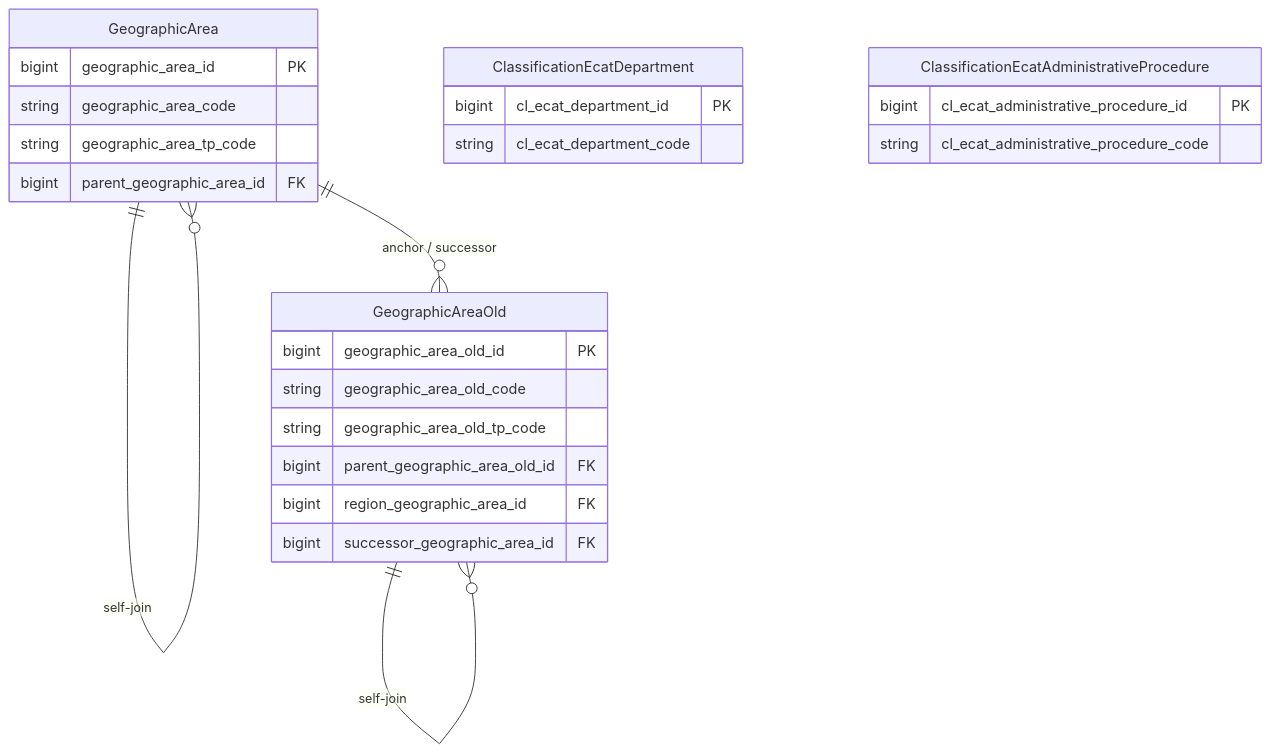
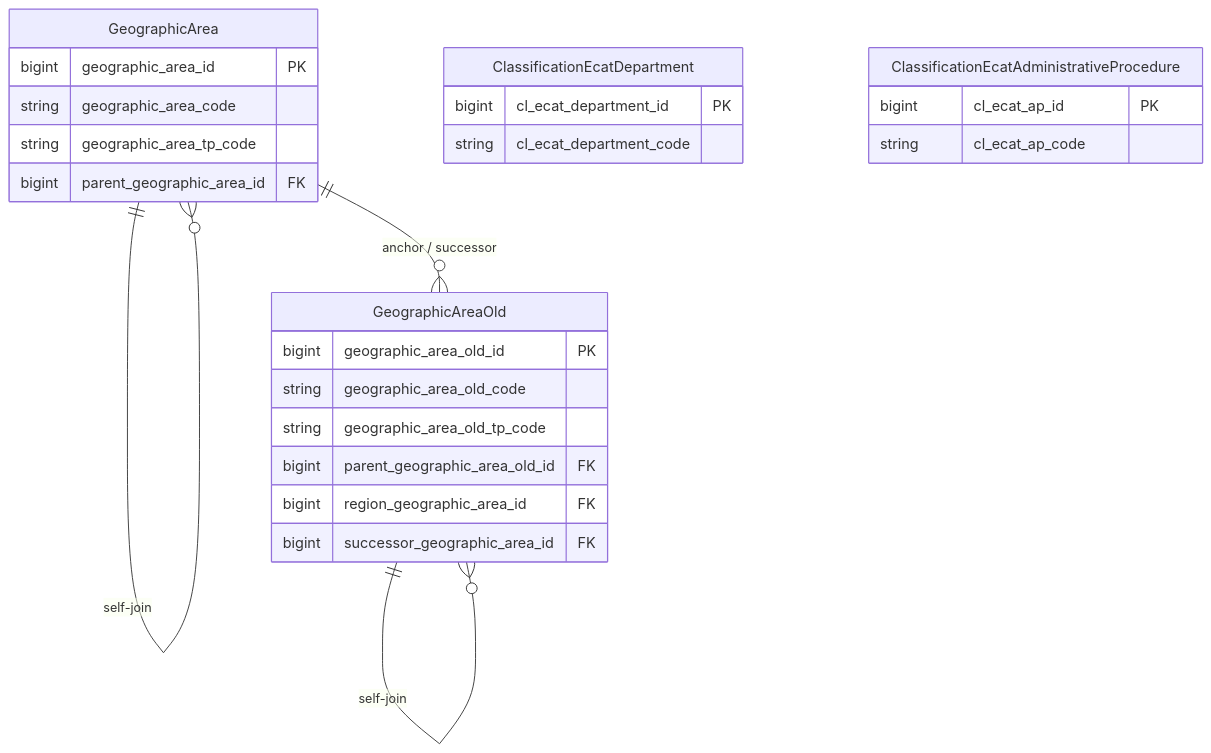
One commit to linhlvit/ubck_atomic_design changed the second of 2 diagrams in DataModel/working/Atomic/hld/ECAT_HLD_Overview.md. Above: the diagram before and after it, drawn with Mermaid. The commit also changed other lines of this file and 34 other files, not shown here.

````diff
--- a/DataModel/working/Atomic/hld/ECAT_HLD_Overview.md
+++ b/DataModel/working/Atomic/hld/ECAT_HLD_Overview.md
@@ -66,29 +66,29 @@
 ```mermaid
 erDiagram
     GeographicArea {
         bigint geographic_area_id PK
         string geographic_area_code
         string geographic_area_tp_code
         bigint parent_geographic_area_id FK
     }
     GeographicAreaOld {
         bigint geographic_area_old_id PK
         string geographic_area_old_code
         string geographic_area_old_tp_code
         bigint parent_geographic_area_old_id FK
         bigint region_geographic_area_id FK
         bigint successor_geographic_area_id FK
     }
     ClassificationEcatDepartment {
         bigint cl_ecat_department_id PK
         string cl_ecat_department_code
     }
     ClassificationEcatAdministrativeProcedure {
-        bigint cl_ecat_administrative_procedure_id PK
-        string cl_ecat_administrative_procedure_code
+        bigint cl_ecat_ap_id PK
+        string cl_ecat_ap_code
     }
 
     GeographicArea ||--o{ GeographicArea : "self-join"
     GeographicAreaOld ||--o{ GeographicAreaOld : "self-join"
     GeographicArea ||--o{ GeographicAreaOld : "anchor / successor"
 ```
````
